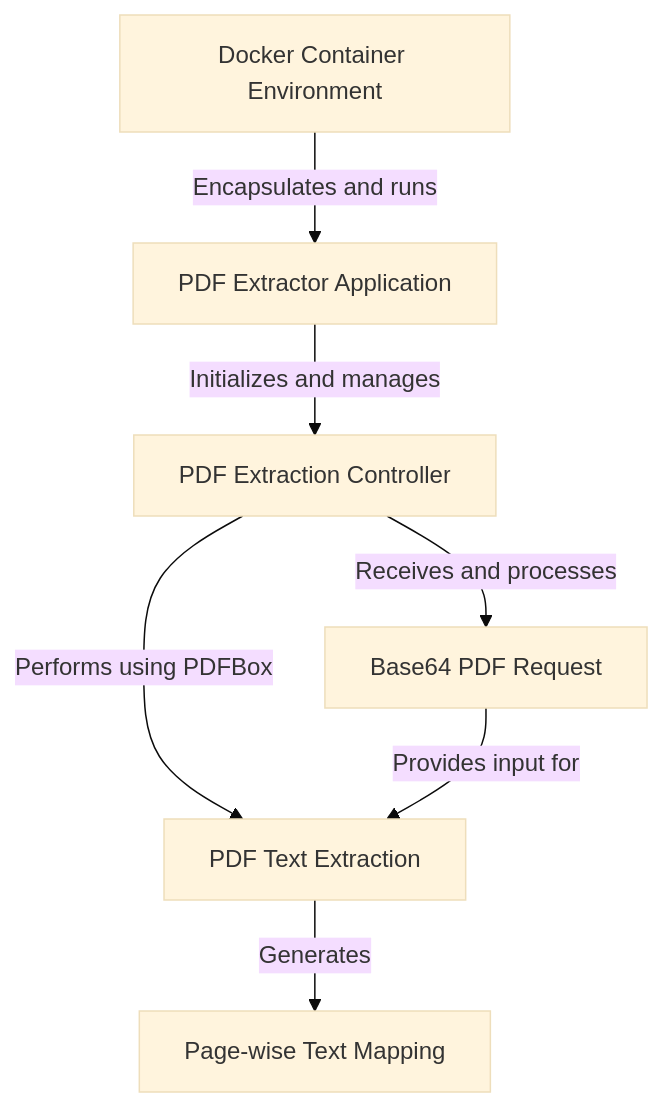
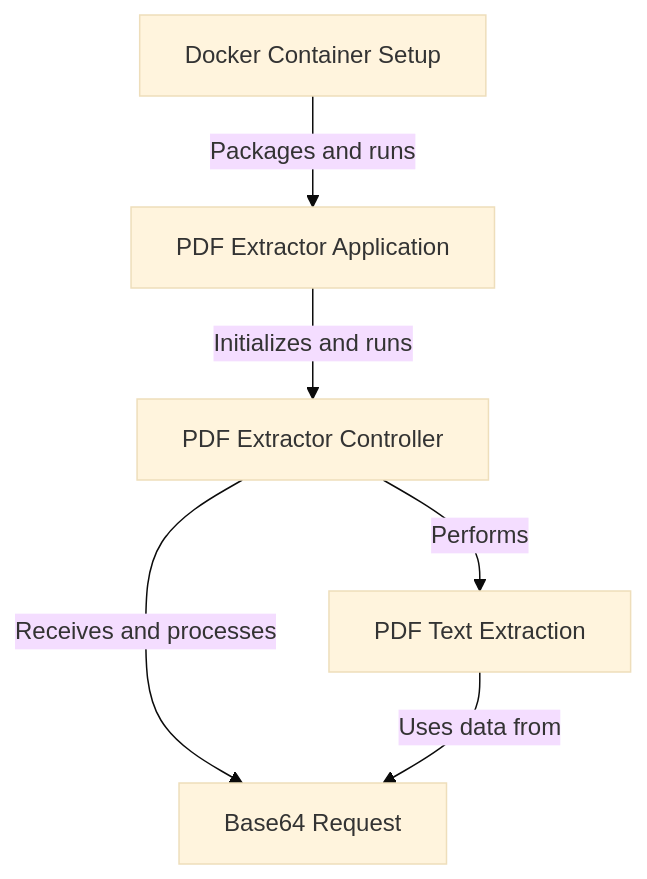
One commit to dygavieta/NewRepo changed the first of 6 diagrams in README.md. Above: the diagram before and after it, drawn with Mermaid (base theme). The commit also changed other lines of this file, not shown here.

````diff
--- a/README.md
+++ b/README.md
@@ -11,21 +11,18 @@
 ```mermaid
 flowchart TD
     A0["PDF Extractor Application
 "]
-    A1["PDF Extraction Controller
+    A1["PDF Extractor Controller
 "]
-    A2["Base64 PDF Request
+    A2["Base64 Request
 "]
     A3["PDF Text Extraction
 "]
-    A4["Page-wise Text Mapping
+    A4["Docker Container Setup
 "]
-    A5["Docker Container Environment
-"]
-    A0 -- "Initializes and manages" --> A1
+    A0 -- "Initializes and runs" --> A1
     A1 -- "Receives and processes" --> A2
-    A1 -- "Performs using PDFBox" --> A3
-    A3 -- "Generates" --> A4
-    A5 -- "Encapsulates and runs" --> A0
-    A2 -- "Provides input for" --> A3
+    A1 -- "Performs" --> A3
+    A4 -- "Packages and runs" --> A0
+    A3 -- "Uses data from" --> A2
 ```
````
